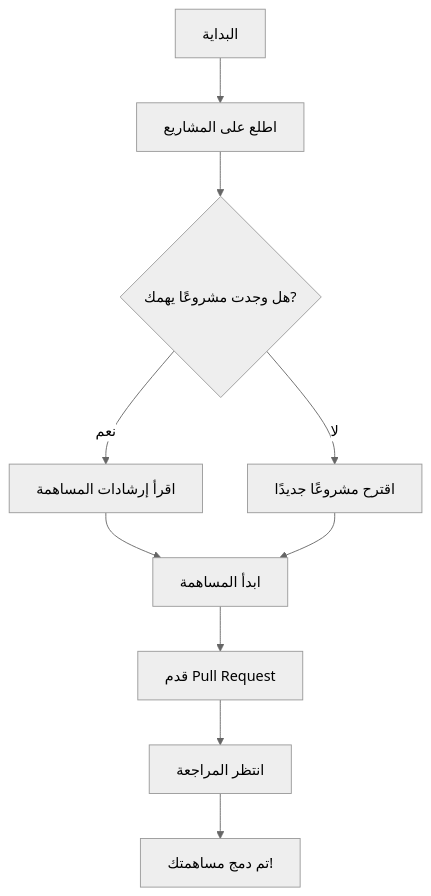
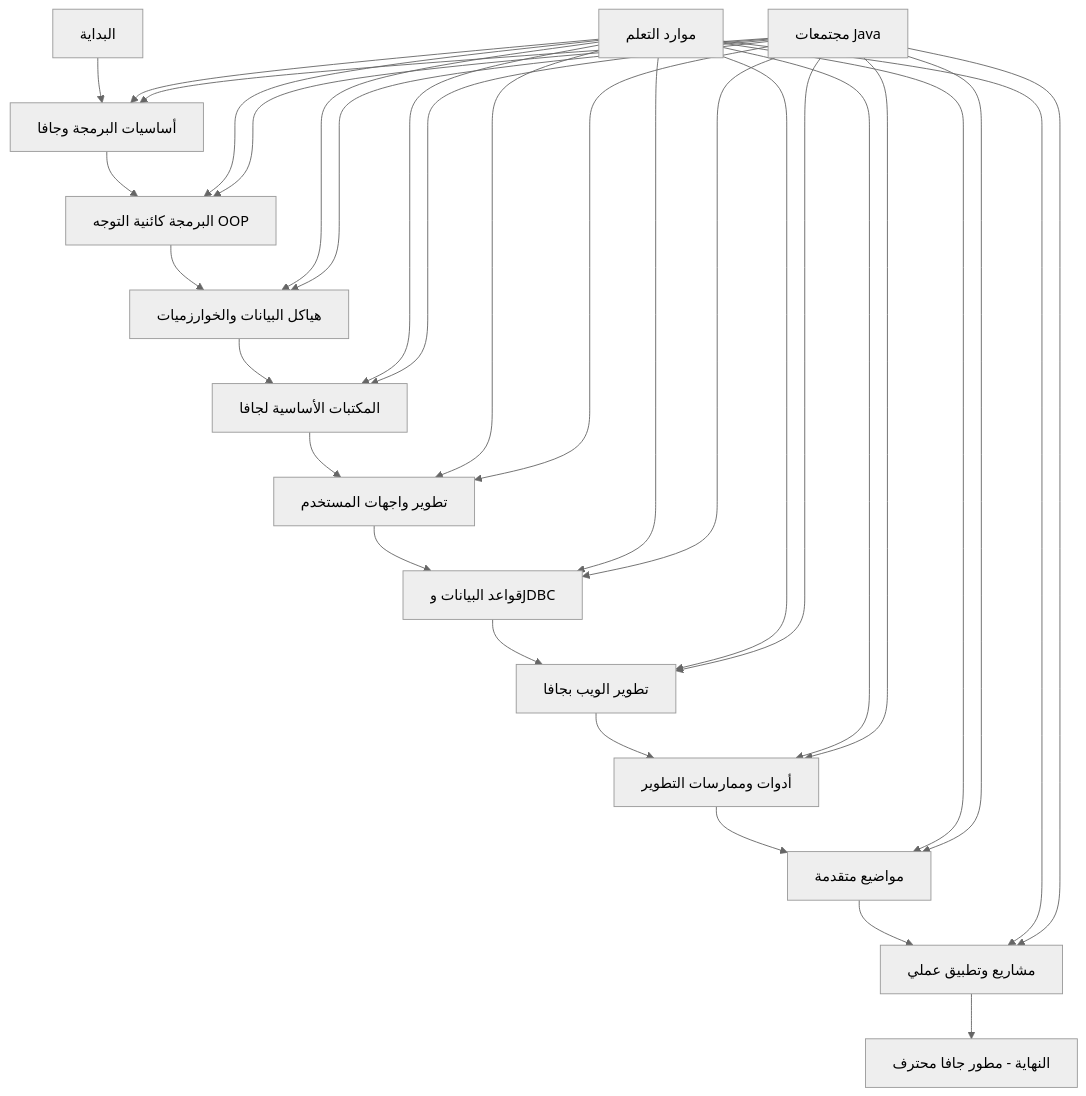
One commit to u4java/u4java changed the diagram in README.md. Above: the diagram before and after it, drawn with Mermaid (neutral theme). The commit also changed other lines of this file, not shown here.

````diff
--- a/README.md
+++ b/README.md
@@ -60,12 +46,34 @@
 ```mermaid
 graph TD
-    A[البداية] --> B[اطلع على المشاريع]
-    B --> C{هل وجدت مشروعًا يهمك?}
-    C -->|نعم| D[اقرأ إرشادات المساهمة]
-    C -->|لا| E[اقترح مشروعًا جديدًا]
-    D --> F[ابدأ المساهمة]
-    E --> F
-    F --> G[قدم Pull Request]
-    G --> H[انتظر المراجعة]
-    H --> I[تم دمج مساهمتك!]
+    A[البداية] --> B[أساسيات البرمجة وجافا]
+    B --> C[البرمجة كائنية التوجه OOP]
+    C --> D[هياكل البيانات والخوارزميات]
+    D --> E[المكتبات الأساسية لجافا]
+    E --> F[تطوير واجهات المستخدم]
+    F --> G[قواعد البيانات وJDBC]
+    G --> H[تطوير الويب بجافا]
+    H --> I[أدوات وممارسات التطوير]
+    I --> J[مواضيع متقدمة]
+    J --> K[مشاريع وتطبيق عملي]
+    K --> L[النهاية - مطور جافا محترف]
+    M[موارد التعلم] --> B
+    M --> C
+    M --> D
+    M --> E
+    M --> F
+    M --> G
+    M --> H
+    M --> I
+    M --> J
+    M --> K
+    N[مجتمعات Java] --> B
+    N --> C
+    N --> D
+    N --> E
+    N --> F
+    N --> G
+    N --> H
+    N --> I
+    N --> J
+    N --> K
 ```
````
